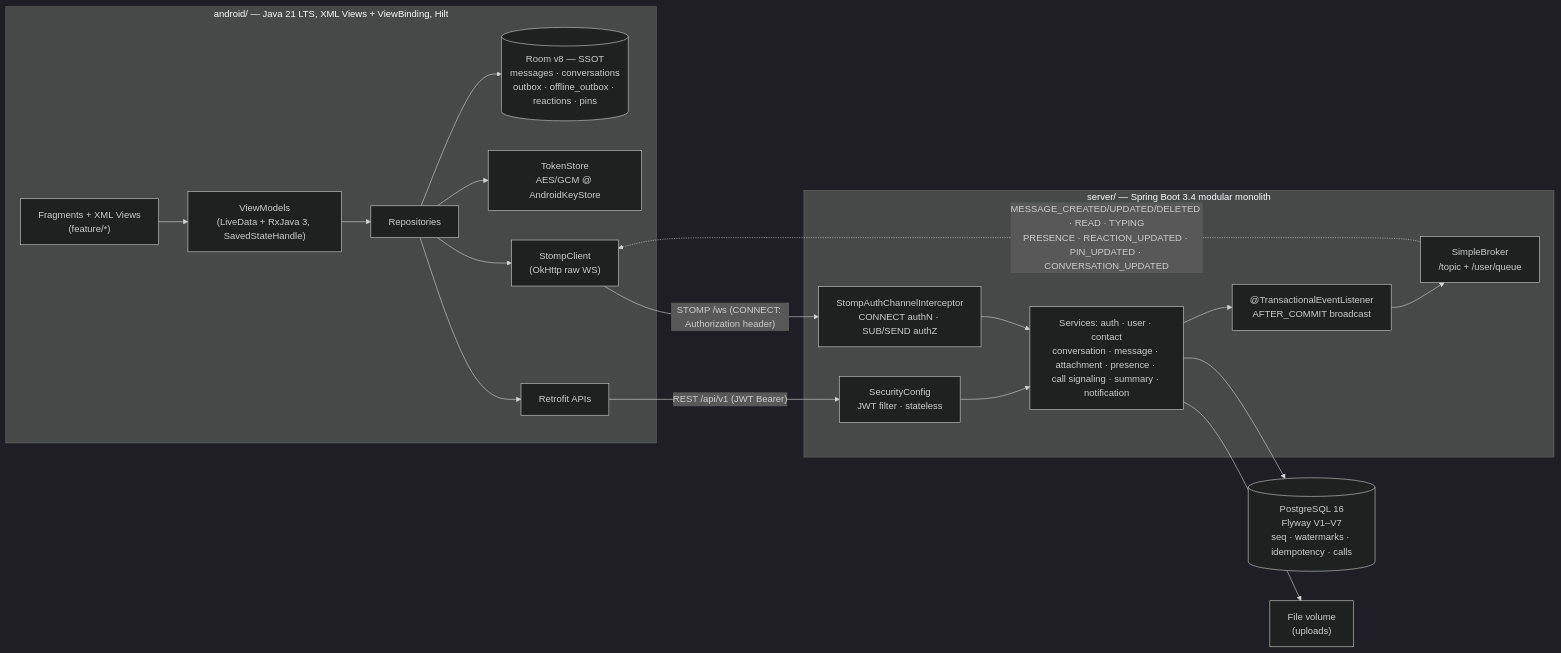
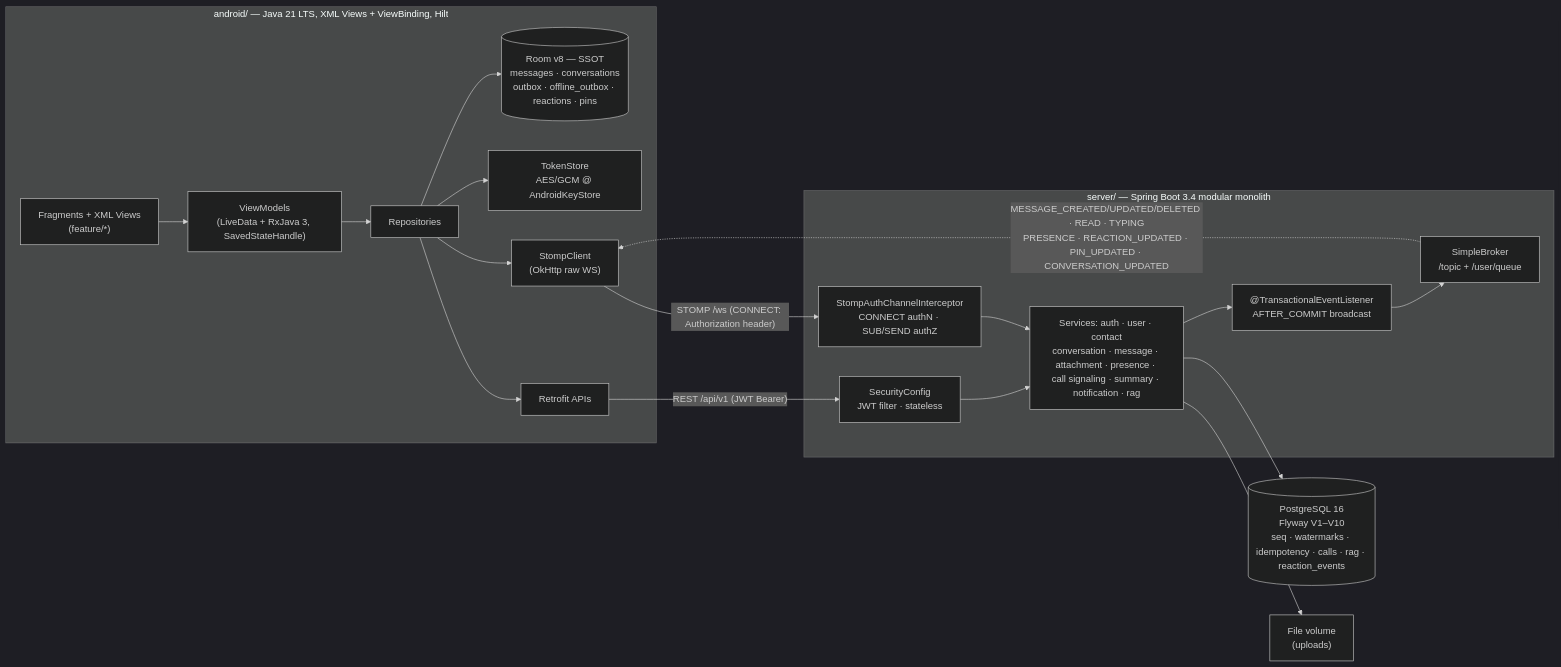
Before and after one commit to JasonTM17/Nexachat_AppJ: the diagram in README.md, drawn with Mermaid (dark theme). The commit also changed other lines of this file and 3 other files, not shown here.

````diff
--- a/README.md
+++ b/README.md
@@ -98,29 +101,29 @@
 ```mermaid
 flowchart LR
     subgraph Android["android/ — Java 21 LTS, XML Views + ViewBinding, Hilt"]
         UI["Fragments + XML Views<br/>(feature/*)"] --> VM["ViewModels<br/>(LiveData + RxJava 3, SavedStateHandle)"]
         VM --> REPO["Repositories"]
         REPO --> ROOM[("Room v8 — SSOT<br/>messages · conversations<br/>outbox · offline_outbox · reactions · pins")]
         REPO --> TS["TokenStore<br/>AES/GCM @ AndroidKeyStore"]
         REPO --> ST["StompClient<br/>(OkHttp raw WS)"]
         REPO --> RT["Retrofit APIs"]
     end
 
     subgraph Server["server/ — Spring Boot 3.4 modular monolith"]
         SEC["SecurityConfig<br/>JWT filter · stateless"]
         INT["StompAuthChannelInterceptor<br/>CONNECT authN · SUB/SEND authZ"]
-        SVC["Services: auth · user · contact<br/>conversation · message · attachment · presence · call signaling · summary · notification"]
+        SVC["Services: auth · user · contact<br/>conversation · message · attachment · presence · call signaling · summary · notification · rag"]
         EVT["@TransactionalEventListener<br/>AFTER_COMMIT broadcast"]
         BR["SimpleBroker<br/>/topic + /user/queue"]
     end
 
-    DB[("PostgreSQL 16<br/>Flyway V1–V7<br/>seq · watermarks · idempotency · calls")]
+    DB[("PostgreSQL 16<br/>Flyway V1–V10<br/>seq · watermarks · idempotency · calls · rag · reaction_events")]
     FS["File volume<br/>(uploads)"]
 
     RT -- "REST /api/v1 (JWT Bearer)" --> SEC --> SVC
     ST -- "STOMP /ws (CONNECT: Authorization header)" --> INT --> SVC
     SVC --> DB
     SVC --> FS
     SVC --> EVT --> BR
     BR -. "MESSAGE_CREATED/UPDATED/DELETED · READ · TYPING<br/>PRESENCE · REACTION_UPDATED · PIN_UPDATED · CONVERSATION_UPDATED" .-> ST
 ```
````
